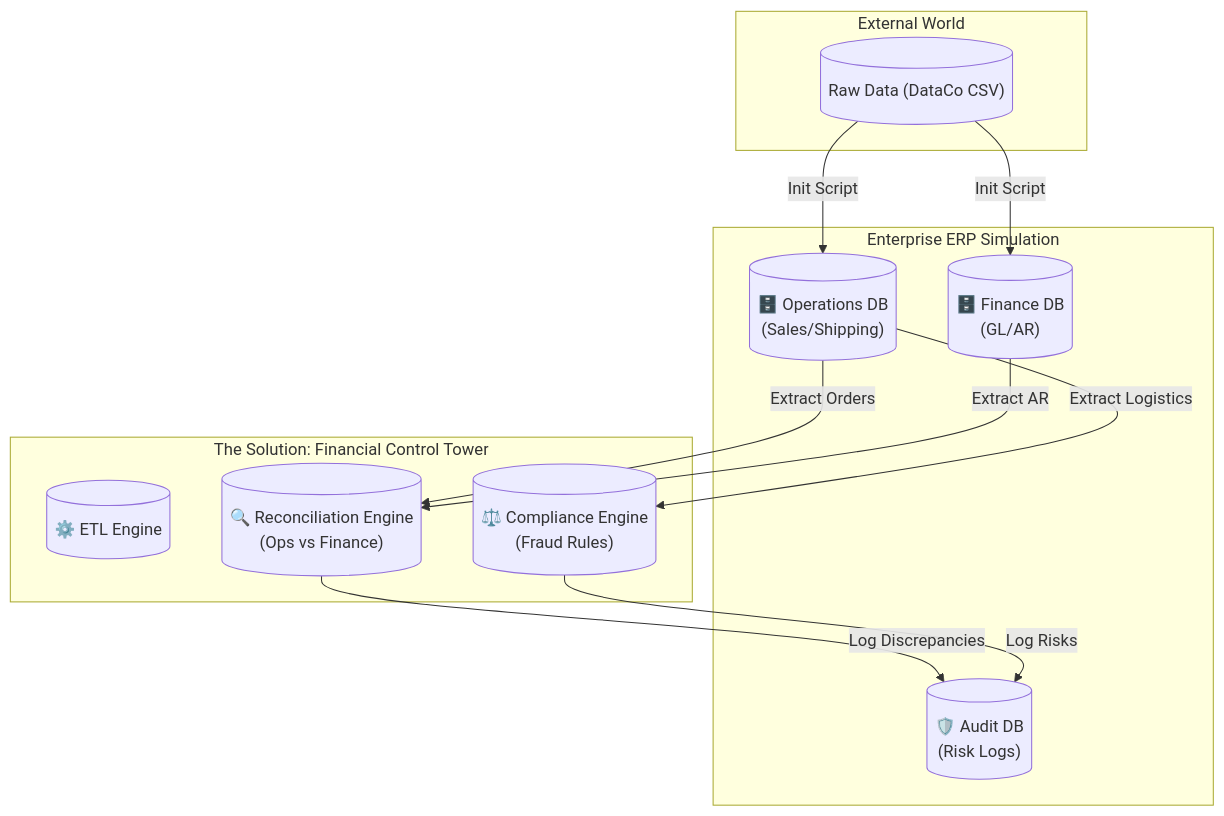
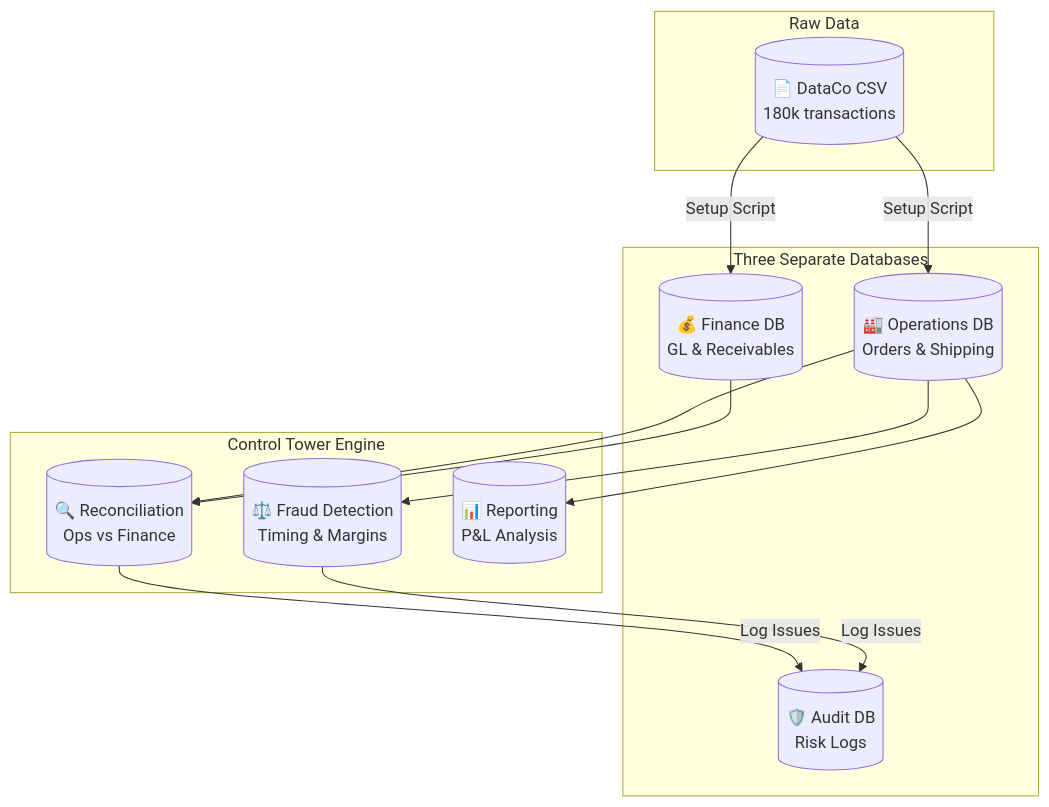
Before and after one commit to zheyuliu328/financial-control-tower: the diagram in README.md, drawn with Mermaid. The commit also changed other lines of this file, not shown here.

````diff
--- a/README.md
+++ b/README.md
@@ -6,26 +22,27 @@
 ```mermaid
 graph TD
-    subgraph "External World"
-        RawData[("Raw Data (DataCo CSV)")]
+    subgraph "Raw Data"
+        CSV[("📄 DataCo CSV<br>180k transactions")]
     end
 
-    subgraph "Enterprise ERP Simulation"
-        OpsDB[("🗄️ Operations DB\n(Sales/Shipping)")]
-        FinDB[("🗄️ Finance DB\n(GL/AR)")]
-        AuditDB[("🛡️ Audit DB\n(Risk Logs)")]
+    subgraph "Three Separate Databases"
+        OPS[("🏭 Operations DB<br>Orders & Shipping")]
+        FIN[("💰 Finance DB<br>GL & Receivables")]
+        AUD[("🛡️ Audit DB<br>Risk Logs")]
     end
 
-    subgraph "The Solution: Financial Control Tower"
-        ETL[("⚙️ ETL Engine")]
-        Recon[("🔍 Reconciliation Engine\n(Ops vs Finance)")]
-        Compliance[("⚖️ Compliance Engine\n(Fraud Rules)")]
+    subgraph "Control Tower Engine"
+        REC[("🔍 Reconciliation<br>Ops vs Finance")]
+        FRD[("⚖️ Fraud Detection<br>Timing & Margins")]
+        RPT[("📊 Reporting<br>P&L Analysis")]
     end
 
-    RawData -->|Init Script| OpsDB
-    RawData -->|Init Script| FinDB
-    OpsDB -->|Extract Orders| Recon
-    FinDB -->|Extract AR| Recon
-    OpsDB -->|Extract Logistics| Compliance
-    Recon -->|Log Discrepancies| AuditDB
-    Compliance -->|Log Risks| AuditDB
+    CSV -->|Setup Script| OPS
+    CSV -->|Setup Script| FIN
+    OPS --> REC
+    FIN --> REC
+    OPS --> FRD
+    REC -->|Log Issues| AUD
+    FRD -->|Log Issues| AUD
+    OPS --> RPT
 ```
````
